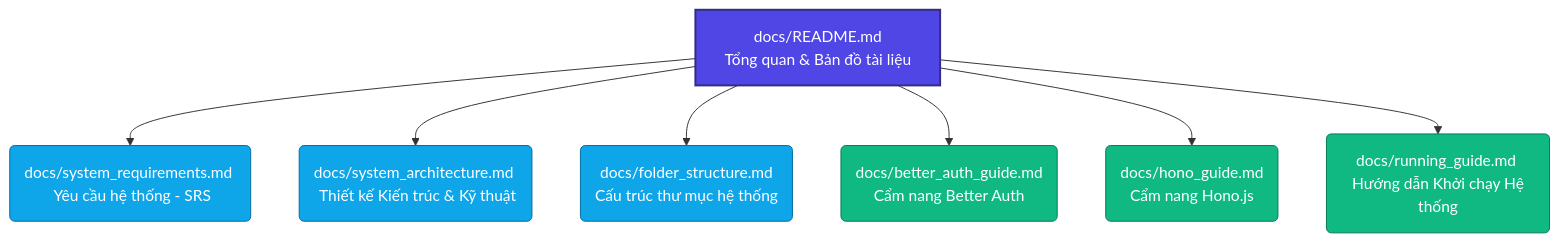
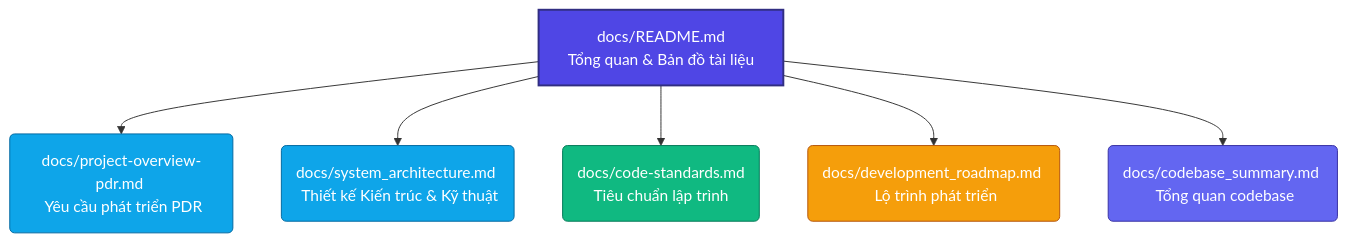
The diagram in docs/README.md (lgdlong/chatbot-rag-fptu), drawn with Mermaid before and after one commit. The commit also changed other lines of this file and 2 other files, not shown here.

First line of the commit message:
docs: bổ sung tài liệu tổng quan và yêu cầu phát triển

````diff
--- a/docs/README.md
+++ b/docs/README.md
@@ -22,17 +40,15 @@
 ```mermaid
 graph TD
-    A[docs/README.md <br> Tổng quan & Bản đồ tài liệu] --> B(docs/system_requirements.md <br> Yêu cầu hệ thống - SRS)
+    A[docs/README.md <br> Tổng quan & Bản đồ tài liệu] --> B(docs/project-overview-pdr.md <br> Yêu cầu phát triển PDR)
     A --> C(docs/system_architecture.md <br> Thiết kế Kiến trúc & Kỹ thuật)
-    A --> D(docs/folder_structure.md <br> Cấu trúc thư mục hệ thống)
-    A --> E(docs/better_auth_guide.md <br> Cẩm nang Better Auth)
-    A --> F(docs/hono_guide.md <br> Cẩm nang Hono.js)
-    A --> G(docs/running_guide.md <br> Hướng dẫn Khởi chạy Hệ thống)
-    
-    style A fill:#4F46E5,stroke:#312E81,stroke-width:2px,color:#fff
+    A --> D(docs/code-standards.md <br> Tiêu chuẩn lập trình)
+    A --> E(docs/development_roadmap.md <br> Lộ trình phát triển)
+    A --> F(docs/codebase_summary.md <br> Tổng quan codebase)
+
+    style A fill:#4F46E5,stroke:#312E82,stroke-width:2px,color:#fff
     style B fill:#0EA5E9,stroke:#0369A1,stroke-width:1px,color:#fff
     style C fill:#0EA5E9,stroke:#0369A1,stroke-width:1px,color:#fff
-    style D fill:#0EA5E9,stroke:#0369A1,stroke-width:1px,color:#fff
-    style E fill:#10B981,stroke:#047857,stroke-width:1px,color:#fff
-    style F fill:#10B981,stroke:#047857,stroke-width:1px,color:#fff
-    style G fill:#10B981,stroke:#047857,stroke-width:1px,color:#fff
+    style D fill:#10B981,stroke:#047857,stroke-width:1px,color:#fff
+    style E fill:#F59E0B,stroke:#B45309,stroke-width:1px,color:#fff
+    style F fill:#6366F1,stroke:#3730A3,stroke-width:1px,color:#fff
 ```
````
